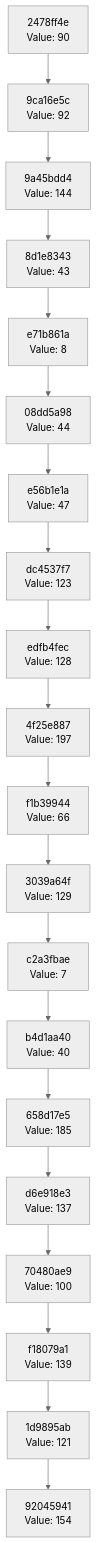
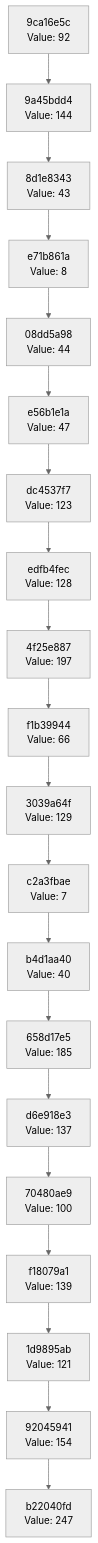
The diagram in docs/CHAIN_VISUALIZATION.md (Abhisheksinha1506/hash-chain-evolver), drawn with Mermaid (neutral theme) before and after one commit. The commit also changed 2 other files, not shown here.

Commit message:
Evolution step: hash 0xF7 → action executed

````diff
--- a/docs/CHAIN_VISUALIZATION.md
+++ b/docs/CHAIN_VISUALIZATION.md
@@ -3,42 +3,42 @@
 ```mermaid
 graph TD
-    C0["92045941<br/>Value: 154"]
-    C1["1d9895ab<br/>Value: 121"]
+    C0["b22040fd<br/>Value: 247"]
+    C1["92045941<br/>Value: 154"]
     C1 --> C0
-    C2["f18079a1<br/>Value: 139"]
+    C2["1d9895ab<br/>Value: 121"]
     C2 --> C1
-    C3["70480ae9<br/>Value: 100"]
+    C3["f18079a1<br/>Value: 139"]
     C3 --> C2
-    C4["d6e918e3<br/>Value: 137"]
+    C4["70480ae9<br/>Value: 100"]
     C4 --> C3
-    C5["658d17e5<br/>Value: 185"]
+    C5["d6e918e3<br/>Value: 137"]
     C5 --> C4
-    C6["b4d1aa40<br/>Value: 40"]
+    C6["658d17e5<br/>Value: 185"]
     C6 --> C5
-    C7["c2a3fbae<br/>Value: 7"]
+    C7["b4d1aa40<br/>Value: 40"]
     C7 --> C6
-    C8["3039a64f<br/>Value: 129"]
+    C8["c2a3fbae<br/>Value: 7"]
     C8 --> C7
-    C9["f1b39944<br/>Value: 66"]
+    C9["3039a64f<br/>Value: 129"]
     C9 --> C8
-    C10["4f25e887<br/>Value: 197"]
+    C10["f1b39944<br/>Value: 66"]
     C10 --> C9
-    C11["edfb4fec<br/>Value: 128"]
+    C11["4f25e887<br/>Value: 197"]
     C11 --> C10
-    C12["dc4537f7<br/>Value: 123"]
+    C12["edfb4fec<br/>Value: 128"]
     C12 --> C11
-    C13["e56b1e1a<br/>Value: 47"]
+    C13["dc4537f7<br/>Value: 123"]
     C13 --> C12
-    C14["08dd5a98<br/>Value: 44"]
+    C14["e56b1e1a<br/>Value: 47"]
     C14 --> C13
-    C15["e71b861a<br/>Value: 8"]
+    C15["08dd5a98<br/>Value: 44"]
     C15 --> C14
-    C16["8d1e8343<br/>Value: 43"]
+    C16["e71b861a<br/>Value: 8"]
     C16 --> C15
-    C17["9a45bdd4<br/>Value: 144"]
+    C17["8d1e8343<br/>Value: 43"]
     C17 --> C16
-    C18["9ca16e5c<br/>Value: 92"]
+    C18["9a45bdd4<br/>Value: 144"]
     C18 --> C17
-    C19["2478ff4e<br/>Value: 90"]
+    C19["9ca16e5c<br/>Value: 92"]
     C19 --> C18
 ```
````
